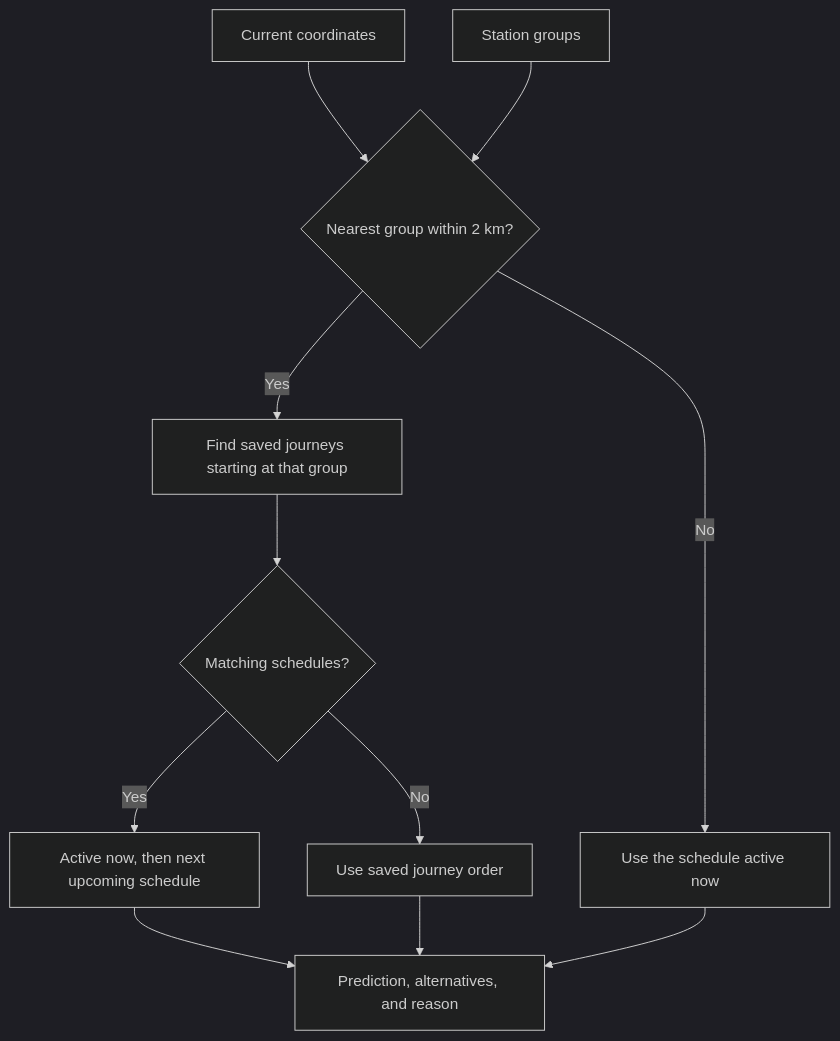
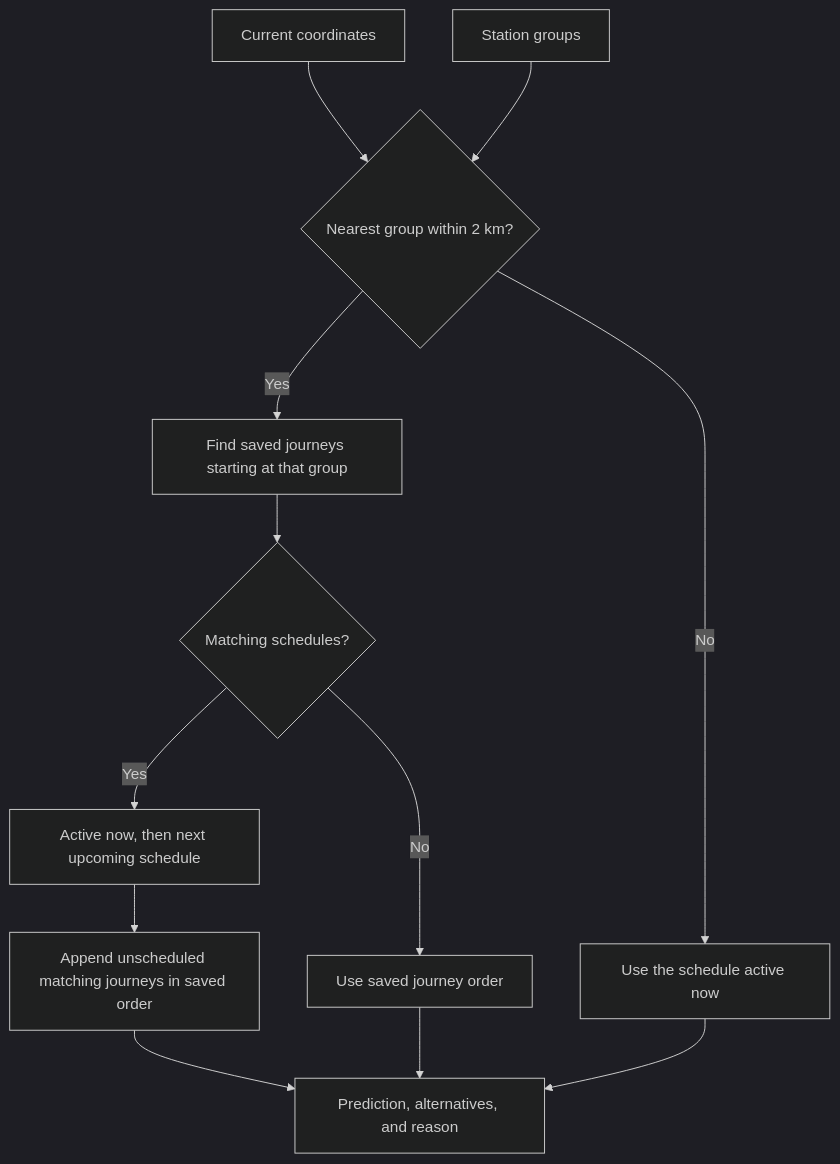
One commit to nd9600/trainDashboard changed the first of 4 diagrams in docs/journey-selection.md. Above: the diagram before and after it, drawn with Mermaid (dark theme). The commit also changed other lines of this file and 3 other files, not shown here.

````diff
--- a/docs/journey-selection.md
+++ b/docs/journey-selection.md
@@ -7,13 +7,14 @@
 ```mermaid
 flowchart TD
     location[Current coordinates] --> nearby{Nearest group within 2 km?}
     groups[Station groups] --> nearby
     nearby -->|No| time[Use the schedule active now]
     nearby -->|Yes| matches[Find saved journeys starting at that group]
     matches --> schedules{Matching schedules?}
     schedules -->|Yes| ordered[Active now, then next upcoming schedule]
     schedules -->|No| saved[Use saved journey order]
-    ordered --> result[Prediction, alternatives, and reason]
+    ordered --> remaining[Append unscheduled matching journeys in saved order]
+    remaining --> result[Prediction, alternatives, and reason]
     saved --> result
     time --> result
 ```
````
